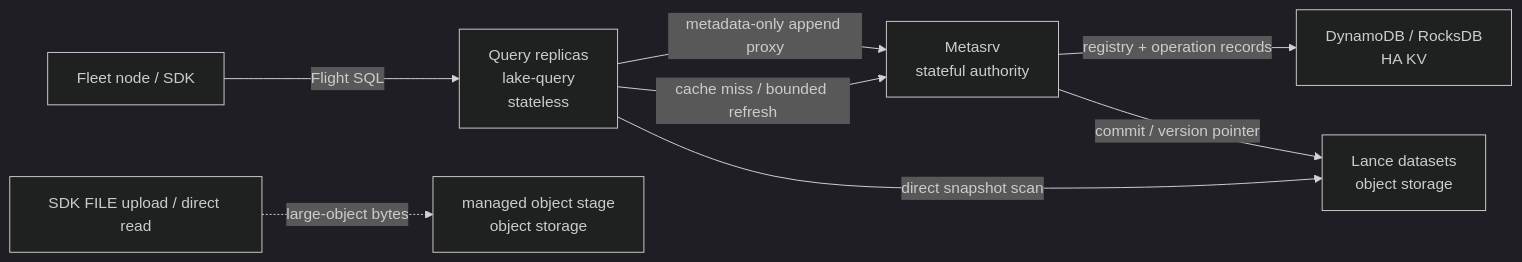
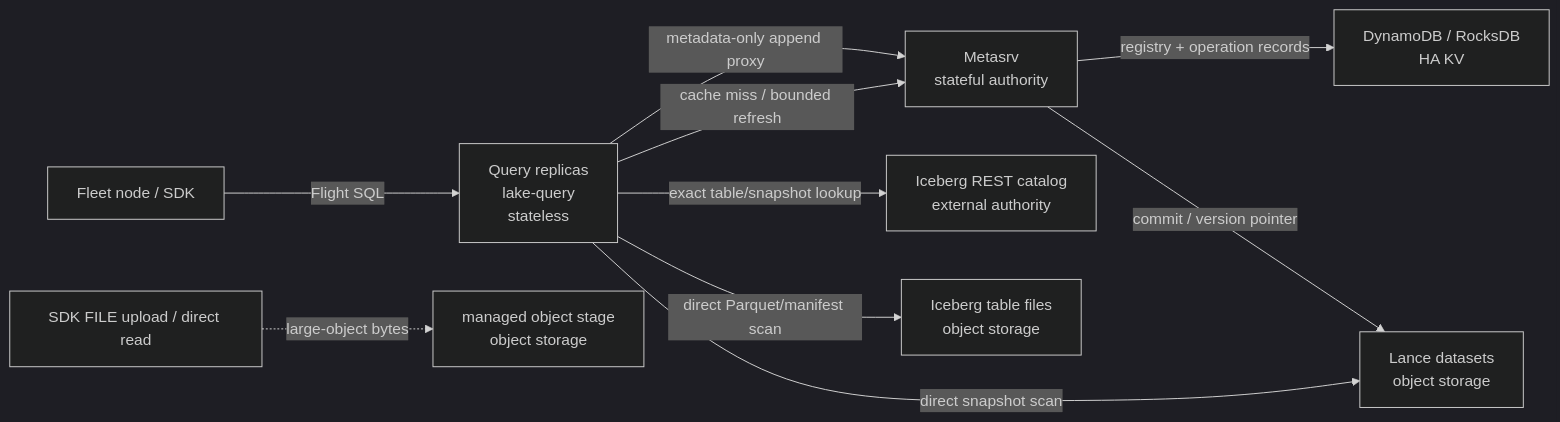
The diagram in docs/architecture.md (rararulab/lake), drawn with Mermaid (dark theme) before and after one commit. The commit also changed other lines of this file and 21 other files, not shown here.

Commit message:
feat(iceberg): federate REST catalog tables (#188) (#198)

````diff
--- a/docs/architecture.md
+++ b/docs/architecture.md
@@ -24,10 +24,12 @@
 ```mermaid
 flowchart LR
     client["Fleet node / SDK"] -->|"Flight SQL"| query["Query replicas\nlake-query\nstateless"]
     query -->|"cache miss / bounded refresh"| meta["Metasrv\nstateful authority"]
     meta -->|"registry + operation records"| kv["DynamoDB / RocksDB\nHA KV"]
     query -->|"direct snapshot scan"| dataset["Lance datasets\nobject storage"]
+    query -->|"exact table/snapshot lookup"| iceberg_catalog["Iceberg REST catalog\nexternal authority"]
+    query -->|"direct Parquet/manifest scan"| iceberg_data["Iceberg table files\nobject storage"]
     sdk["SDK FILE upload / direct read"] -. "large-object bytes" .-> objects["managed object stage\nobject storage"]
     query -->|"metadata-only append proxy"| meta
     meta -->|"commit / version pointer"| dataset
 ```
````
